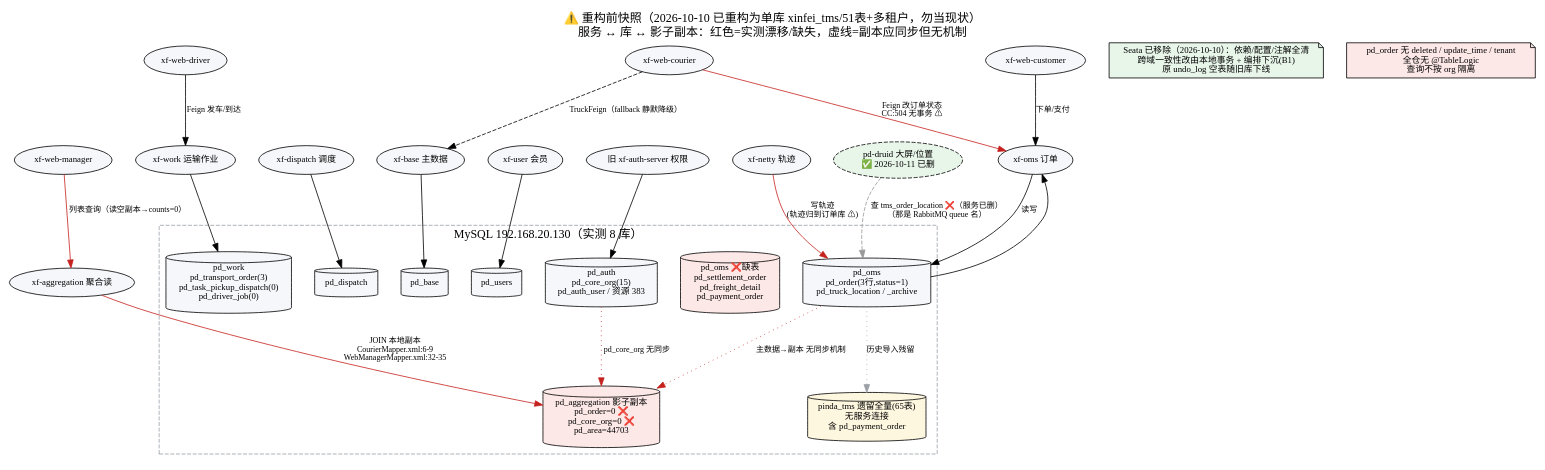
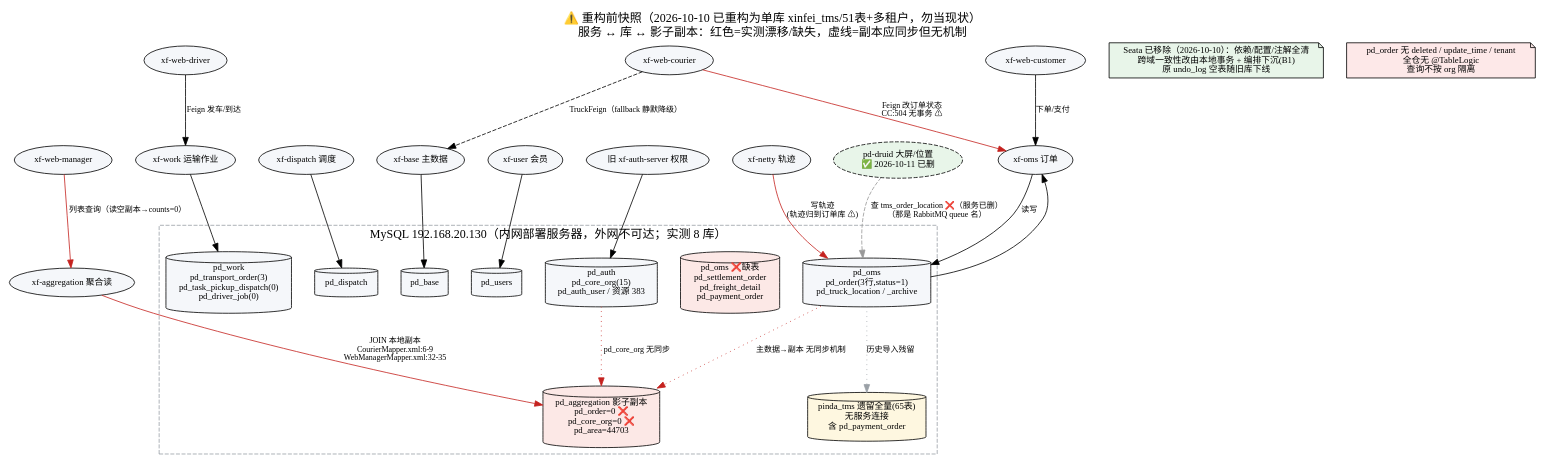
One commit to itxinfei/pinda-tms changed the diagram in docs/architecture/data-ownership.dot. Above: the diagram before and after it, drawn with Graphviz. The commit also changed 3 other files, not shown here.

```diff
--- a/docs/architecture/data-ownership.dot
+++ b/docs/architecture/data-ownership.dot
@@ -1,51 +1,51 @@
-// 🔴 2026-10-10 已过时：本图为重构前快照。数据库已由"8 库"重构为【单一物理库 xinfei_tms（51 表）+ tenant_id 多租户】，表按 sys_/dict_/base_/oms_/disp_/work_/member_/iot_ 八域前缀归属（写严格归属、读可适度跨域）。现行口径见 docs/02、《需求文档/45》。图内 pd_oms/pd_auth 等旧库名仅作历史问题留痕。
+// 🔴 2026-10-10 已过时：本图为重构前快照。数据库已由"8 库"重构为【单一物理库 xinfei_tms（55 表）+ tenant_id 多租户】，表按 sys_/dict_/base_/oms_/disp_/work_/member_/iot_ 八域前缀归属（写严格归属、读可适度跨域）。现行口径见 docs/02、《需求文档/45》。图内 pd_oms/pd_auth 等旧库名仅作历史问题留痕。
 // 数据归属与服务边界 current-state（重构前快照；证据：Nacos datasource 实测 + information_schema 实测 + mapper/Feign 代码）
 digraph data_ownership {
   rankdir=TB; nodesep=0.4; ranksep=0.8;
   graph [fontname="Microsoft YaHei", fontsize=15, labelloc=t,
          label="⚠️ 重构前快照（2026-10-10 已重构为单库 xinfei_tms/51表+多租户，勿当现状）\n服务 ↔ 库 ↔ 影子副本：红色=实测漂移/缺失，虚线=副本应同步但无机制"];
   node [fontname="Microsoft YaHei", fontsize=11, style="rounded,filled", fillcolor="#f5f7fa"];
   edge [fontname="Microsoft YaHei", fontsize=10];
 
   // 服务
   oms [label="xf-oms 订单"]; work [label="xf-work 运输作业"]; disp [label="xf-dispatch 调度"];
   base [label="xf-base 主数据"]; user [label="xf-user 会员"]; auth [label="旧 xf-auth-server 权限"];
   agg [label="xf-aggregation 聚合读"]; netty [label="xf-netty 轨迹"]; druid [label="pd-druid 大屏/位置\n✅ 2026-10-11 已删", style="filled,dashed", fillcolor="#e8f5e9"];
   webm [label="xf-web-manager"]; webc [label="xf-web-courier"]; webd [label="xf-web-driver"]; webu [label="xf-web-customer"];
 
   // 库（红色对象为实测问题）
-  subgraph cluster_dbs { label="MySQL 192.168.20.130（实测 8 库）"; style=dashed; color="#9aa0a6";
+  subgraph cluster_dbs { label="MySQL 192.168.20.130（内网部署服务器，外网不可达；实测 8 库）"; style=dashed; color="#9aa0a6";
     dpdoms [label="pd_oms\npd_order(3行,status=1)\npd_truck_location / _archive", shape=cylinder];
     dpmom [label="pd_oms ❌缺表\npd_settlement_order\npd_freight_detail\npd_payment_order", shape=cylinder, fillcolor="#fce8e6"];
     dpwork [label="pd_work\npd_transport_order(3)\npd_task_pickup_dispatch(0)\npd_driver_job(0)", shape=cylinder];
     dpdisp [label="pd_dispatch", shape=cylinder];
     dpbase [label="pd_base", shape=cylinder];
     dpuser [label="pd_users", shape=cylinder];
     dpauth [label="pd_auth\npd_core_org(15)\npd_auth_user / 资源 383", shape=cylinder];
     dpagg [label="pd_aggregation 影子副本\npd_order=0 ❌\npd_core_org=0 ❌\npd_area=44703", shape=cylinder, fillcolor="#fce8e6"];
     dpleg [label="pinda_tms 遗留全量(65表)\n无服务连接\n含 pd_payment_order", shape=cylinder, fillcolor="#fef7e0"];
   }
 
   oms -> dpdoms [label="读写"];
   work -> dpwork; disp -> dpdisp; base -> dpbase; user -> dpuser; auth -> dpauth;
   netty -> dpdoms [label="写轨迹\n(轨迹归到订单库 ⚠)", color="#c5221f"];
   druid -> dpdoms [label="查 tms_order_location ❌（服务已删）\n（那是 RabbitMQ queue 名）", color="#999999", style=dashed];
   agg -> dpagg [label="JOIN 本地副本\nCourierMapper.xml:6-9\nWebManagerMapper.xml:32-35", color="#c5221f"];
   oms -> dpdoms [dir=back, label=""];
 
   // 副本应有的同步（无实现）
   dpdoms -> dpagg [style=dotted, label="主数据→副本 无同步机制", color="#c5221f"];
   dpauth -> dpagg [style=dotted, label="pd_core_org 无同步", color="#c5221f"];
   dpdoms -> dpleg [style=dotted, label="历史导入残留", color="#9aa0a6"];
 
   // Feign 写路径
   webc -> oms [label="Feign 改订单状态\nCC:504 无事务 ⚠", color="#c5221f"];
   webd -> work [label="Feign 发车/到达"];
   webm -> agg [label="列表查询（读空副本→counts=0）", color="#c5221f"];
   webu -> oms [label="下单/支付"];
   webc -> base [label="TruckFeign（fallback 静默降级）", style=dashed];
 
   // 事务边界
   note1 [label="Seata 已移除（2026-10-10）：依赖/配置/注解全清\n跨域一致性改由本地事务 + 编排下沉(B1)\n原 undo_log 空表随旧库下线", shape=note, fillcolor="#e8f5e9"];
   note2 [label="pd_order 无 deleted / update_time / tenant\n全仓无 @TableLogic\n查询不按 org 隔离", shape=note, fillcolor="#fde8e8"];
 }
```
